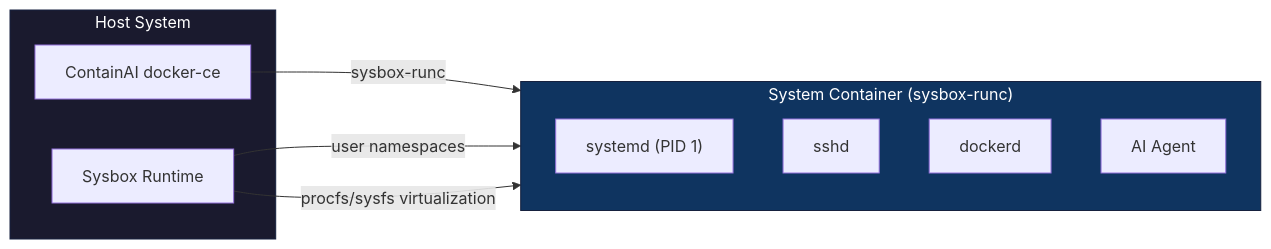
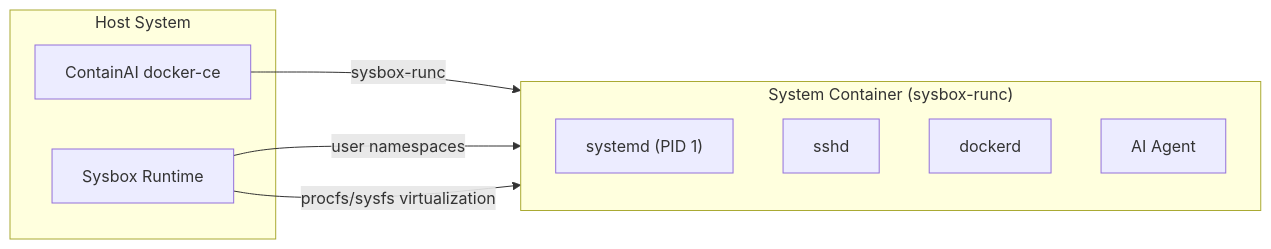
One commit to novotnyllc/ContainAI changed the fourth of 8 diagrams in docs/security-comparison.md. Above: the diagram before and after it, drawn with Mermaid. The commit also changed other lines of this file and 14 other files, not shown here.

````diff
--- a/docs/security-comparison.md
+++ b/docs/security-comparison.md
@@ -186,21 +178,19 @@
 ```mermaid
 flowchart LR
     subgraph Host["Host System"]
         CAI["ContainAI docker-ce"]
         Sysbox["Sysbox Runtime"]
     end
 
     subgraph Container["System Container (sysbox-runc)"]
         Systemd["systemd (PID 1)"]
         SSH["sshd"]
         InnerDocker["dockerd"]
         Agent["AI Agent"]
     end
 
     CAI -->|"sysbox-runc"| Container
     Sysbox -->|"user namespaces"| Container
     Sysbox -->|"procfs/sysfs virtualization"| Container
 
-    style Host fill:#1a1a2e,stroke:#16213e,color:#fff
-    style Container fill:#0f3460,stroke:#16213e,color:#fff
 ```
````
